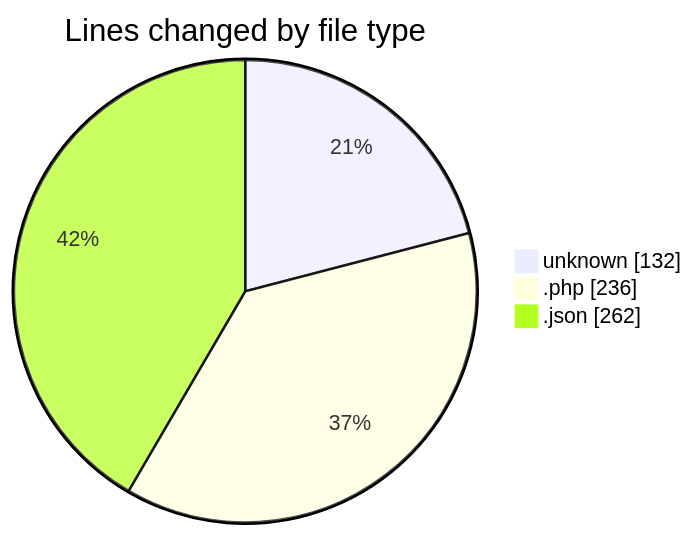
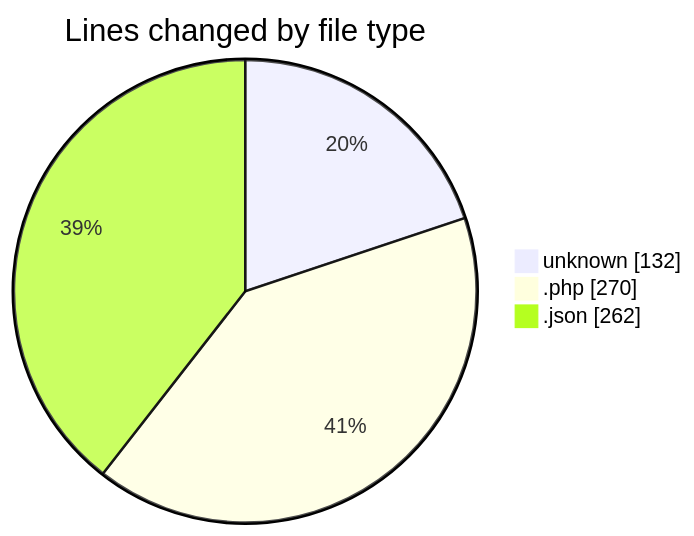
One commit to idhammustaqopulfikri/code-tracking changed the first of 2 diagrams in 2025-11-13/futsal-recommender/README.md. Above: the diagram before and after it, drawn with Mermaid. The commit also changed other lines of this file and 1 other file, not shown here.

````diff
--- a/2025-11-13/futsal-recommender/README.md
+++ b/2025-11-13/futsal-recommender/README.md
@@ -24,7 +25,7 @@
 ```mermaid
 pie showData
 title Lines changed by file type
 "unknown" : 132
-".php" : 236
+".php" : 270
 ".json" : 262
 ```
````
